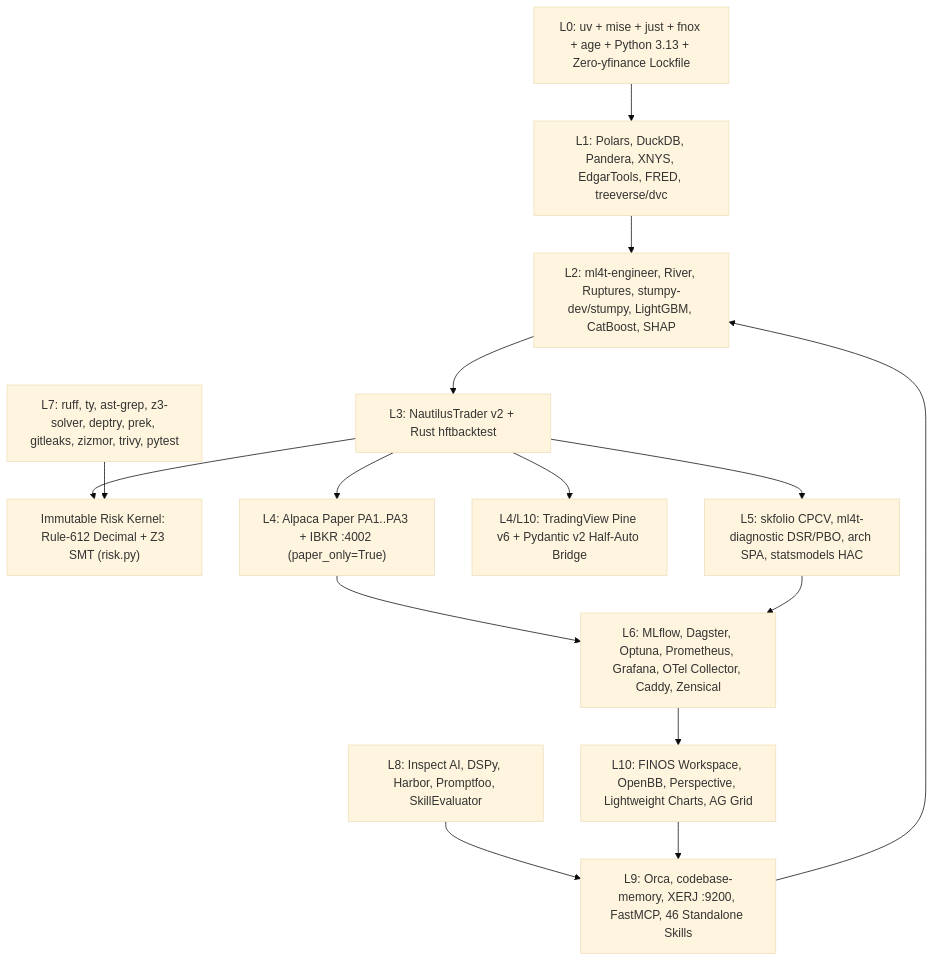
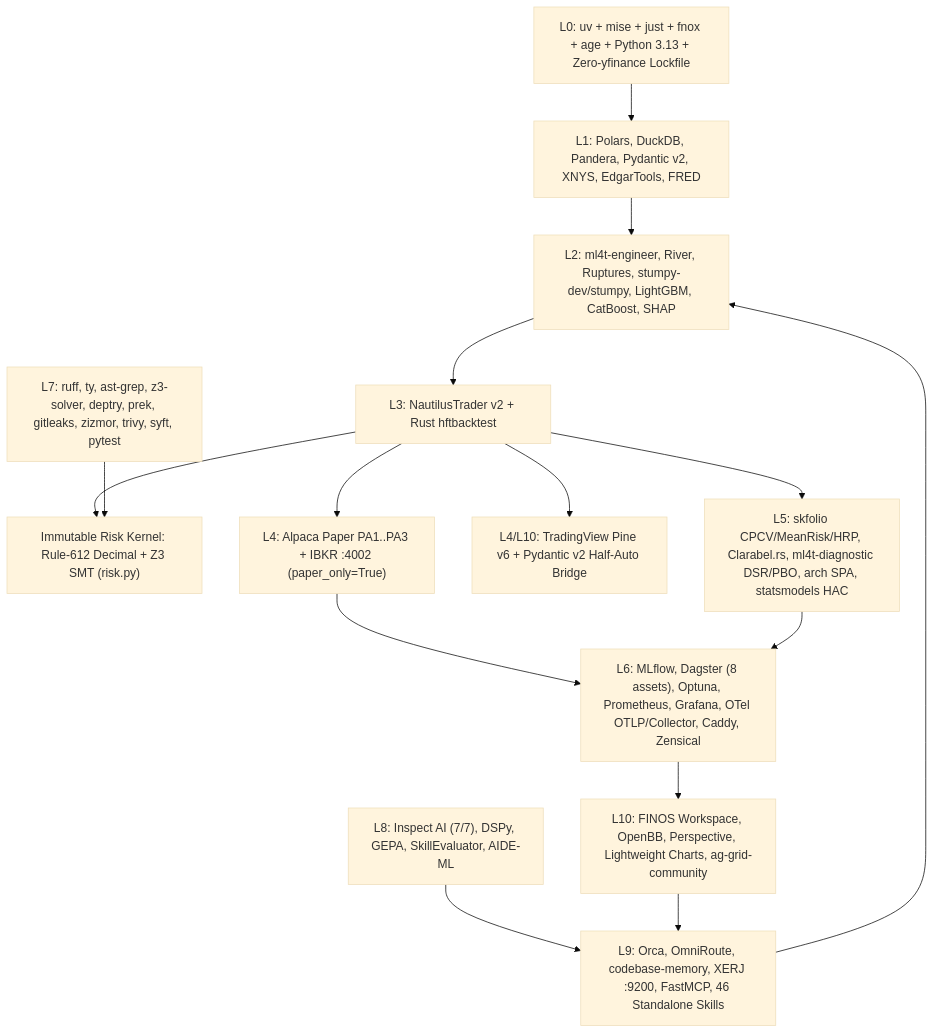
The diagram in docs/ARCHITECTURE_LAYER_MANIFEST.md (seathatflowsinourveins/noesis), drawn with Mermaid (base theme) before and after one commit. The commit also changed other lines of this file and 38 other files, not shown here.

Commit message:
feat(sota): land ADR-0025 research convergence frameworks, zero-paper-winners audit, causal ML/skfolio/ALFRED wiring & 25-ADR sync

````diff
--- a/docs/ARCHITECTURE_LAYER_MANIFEST.md
+++ b/docs/ARCHITECTURE_LAYER_MANIFEST.md
@@ -15,17 +15,17 @@
 ```mermaid
 flowchart TD
-    L0["L0: uv + mise + just + fnox + age + Python 3.13 + Zero-yfinance Lockfile"] --> L1["L1: Polars, DuckDB, Pandera, XNYS, EdgarTools, FRED, treeverse/dvc"]
+    L0["L0: uv + mise + just + fnox + age + Python 3.13 + Zero-yfinance Lockfile"] --> L1["L1: Polars, DuckDB, Pandera, Pydantic v2, XNYS, EdgarTools, FRED"]
     L1 --> L2["L2: ml4t-engineer, River, Ruptures, stumpy-dev/stumpy, LightGBM, CatBoost, SHAP"]
     L2 --> L3["L3: NautilusTrader v2 + Rust hftbacktest"]
     L3 --> RSK["Immutable Risk Kernel: Rule-612 Decimal + Z3 SMT (risk.py)"]
     L3 --> L4["L4: Alpaca Paper PA1..PA3 + IBKR :4002 (paper_only=True)"]
     L3 --> TV["L4/L10: TradingView Pine v6 + Pydantic v2 Half-Auto Bridge"]
-    L3 --> L5["L5: skfolio CPCV, ml4t-diagnostic DSR/PBO, arch SPA, statsmodels HAC"]
-    L4 --> L6["L6: MLflow, Dagster, Optuna, Prometheus, Grafana, OTel Collector, Caddy, Zensical"]
+    L3 --> L5["L5: skfolio CPCV/MeanRisk/HRP, Clarabel.rs, ml4t-diagnostic DSR/PBO, arch SPA, statsmodels HAC"]
+    L4 --> L6["L6: MLflow, Dagster (8 assets), Optuna, Prometheus, Grafana, OTel OTLP/Collector, Caddy, Zensical"]
     L5 --> L6
-    L6 --> L10["L10: FINOS Workspace, OpenBB, Perspective, Lightweight Charts, AG Grid"]
-    L7["L7: ruff, ty, ast-grep, z3-solver, deptry, prek, gitleaks, zizmor, trivy, pytest"] --> RSK
-    L8["L8: Inspect AI, DSPy, Harbor, Promptfoo, SkillEvaluator"] --> L9["L9: Orca, codebase-memory, XERJ :9200, FastMCP, 46 Standalone Skills"]
+    L6 --> L10["L10: FINOS Workspace, OpenBB, Perspective, Lightweight Charts, ag-grid-community"]
+    L7["L7: ruff, ty, ast-grep, z3-solver, deptry, prek, gitleaks, zizmor, trivy, syft, pytest"] --> RSK
+    L8["L8: Inspect AI (7/7), DSPy, GEPA, SkillEvaluator, AIDE-ML"] --> L9["L9: Orca, OmniRoute, codebase-memory, XERJ :9200, FastMCP, 46 Standalone Skills"]
     L10 --> L9
     L9 --> L2
 ```
````
